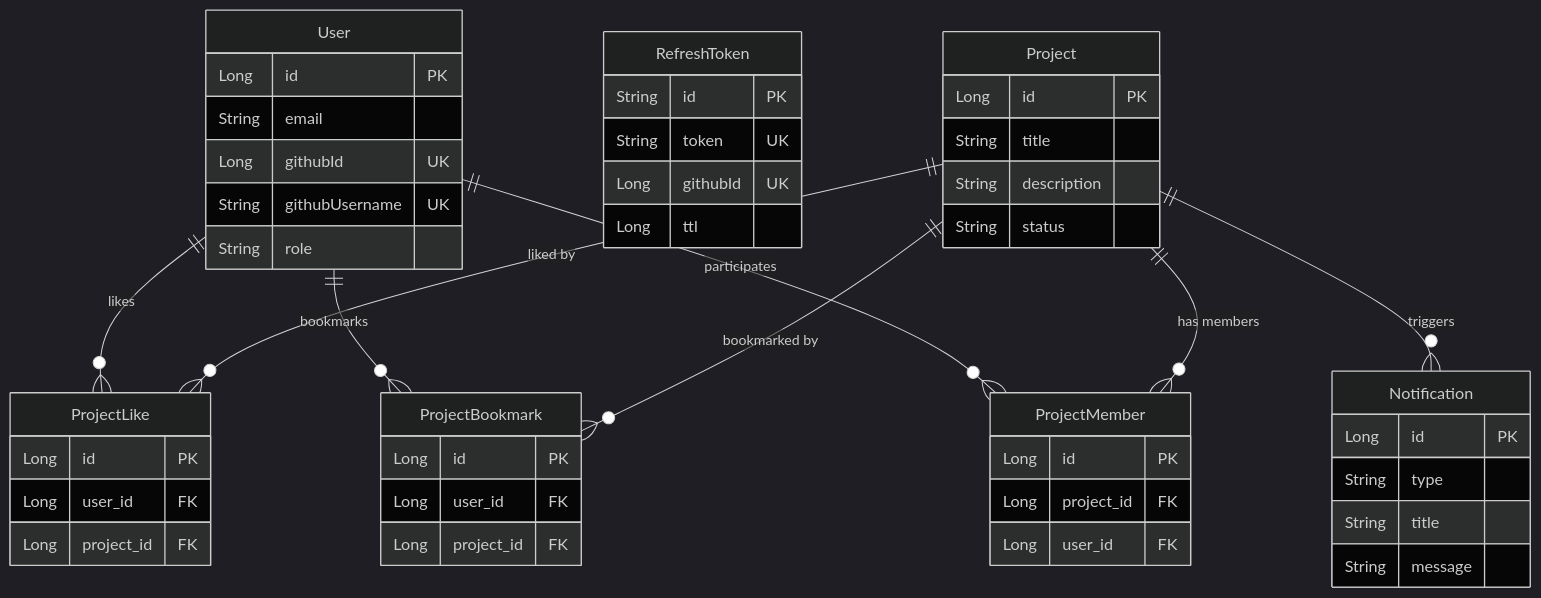
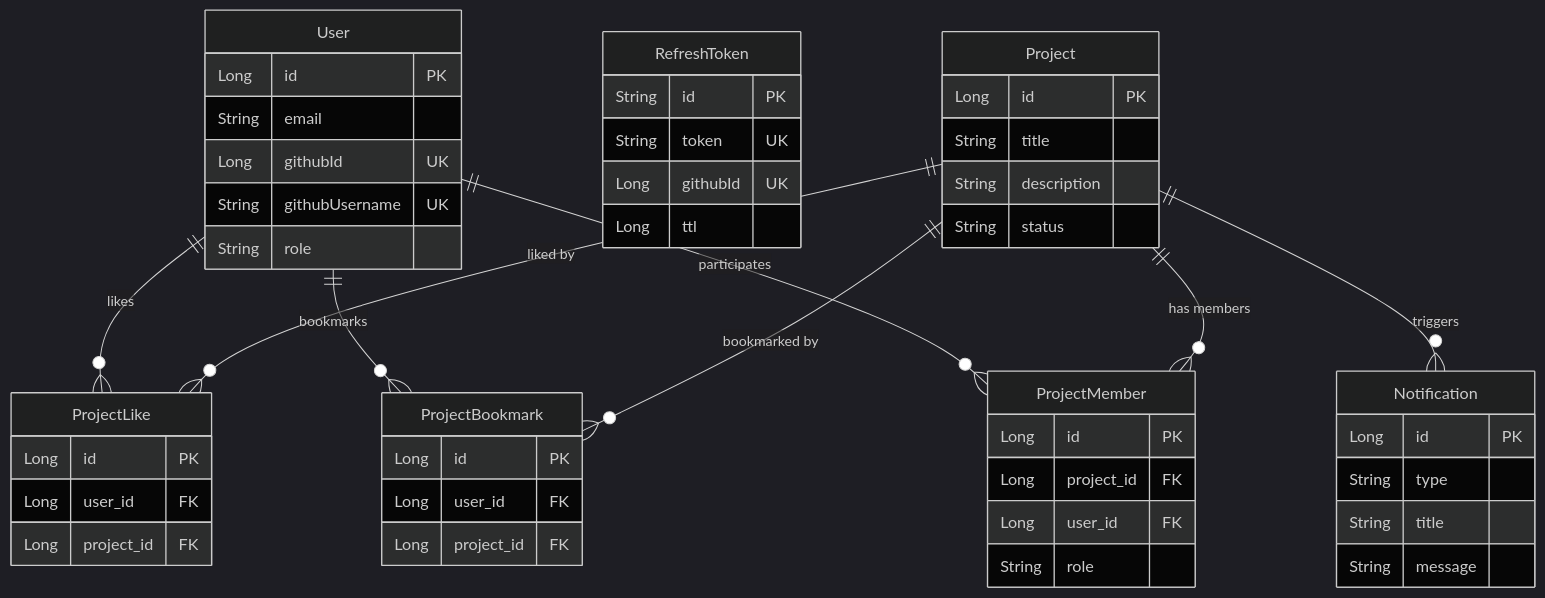
Before and after one commit to Pmanchu-Service/Pmanchu_BE_ver.POP: the diagram in README.md, drawn with Mermaid (dark theme).

Commit message:
docs: (#6) 팀장 확인을 위한 role추가

````diff
--- a/README.md
+++ b/README.md
@@ -3,58 +3,59 @@
 ```mermaid
 erDiagram
     
     User {
         Long id PK
         String email
         Long githubId UK
         String githubUsername UK
         String role
     }
 
     RefreshToken {
         String id PK
         String token UK
         Long githubId UK 
         Long ttl
     }
 
     ProjectLike {
         Long id PK
         Long user_id FK
         Long project_id FK
     }
 
     ProjectBookmark {
         Long id PK
         Long user_id FK
         Long project_id FK
     }
 
     Project {
         Long id PK
         String title
         String description
         String status
     }
 
     ProjectMember {
         Long id PK
         Long project_id FK
         Long user_id FK
+        String role
     }
 
     Notification {
         Long id PK
         String type
         String title
         String message
     }
 
     User ||--o{ ProjectLike : "likes"
     User ||--o{ ProjectBookmark : "bookmarks"
     User ||--o{ ProjectMember : "participates"
     Project ||--o{ ProjectLike : "liked by"
     Project ||--o{ ProjectBookmark : "bookmarked by"
     Project ||--o{ ProjectMember : "has members"
     Project ||--o{ Notification : "triggers"
 ```
````
